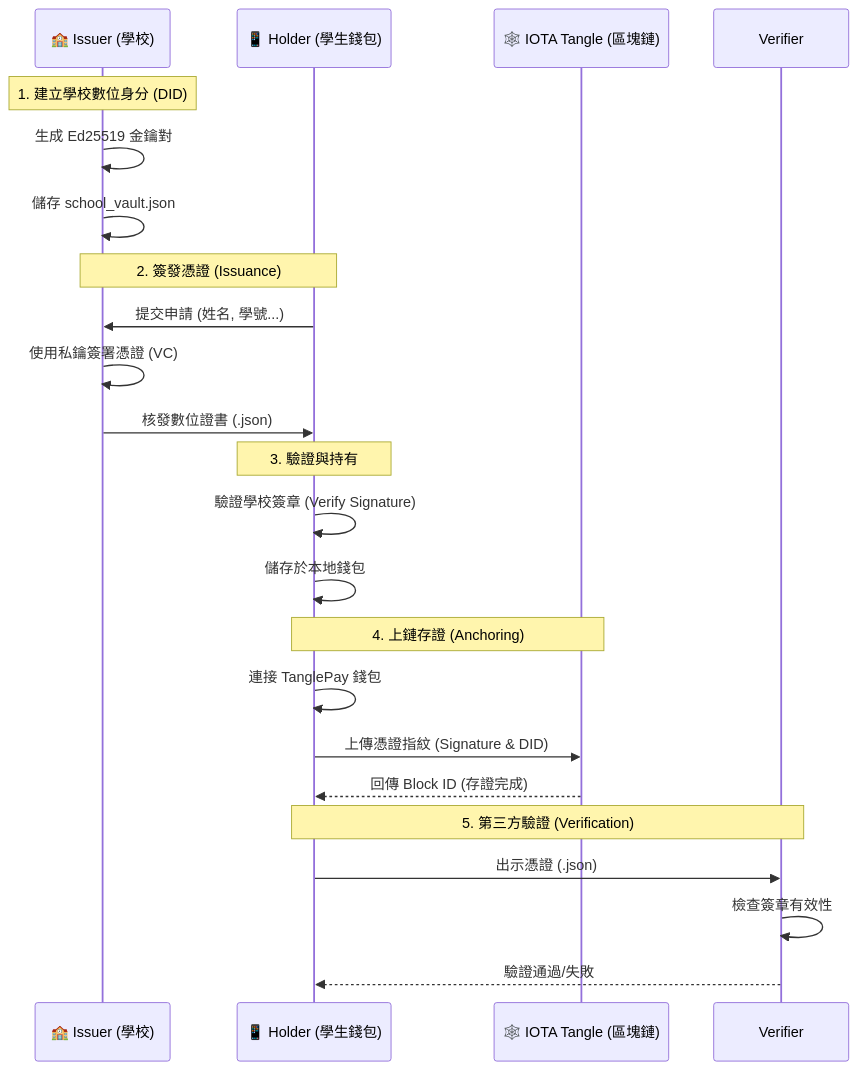
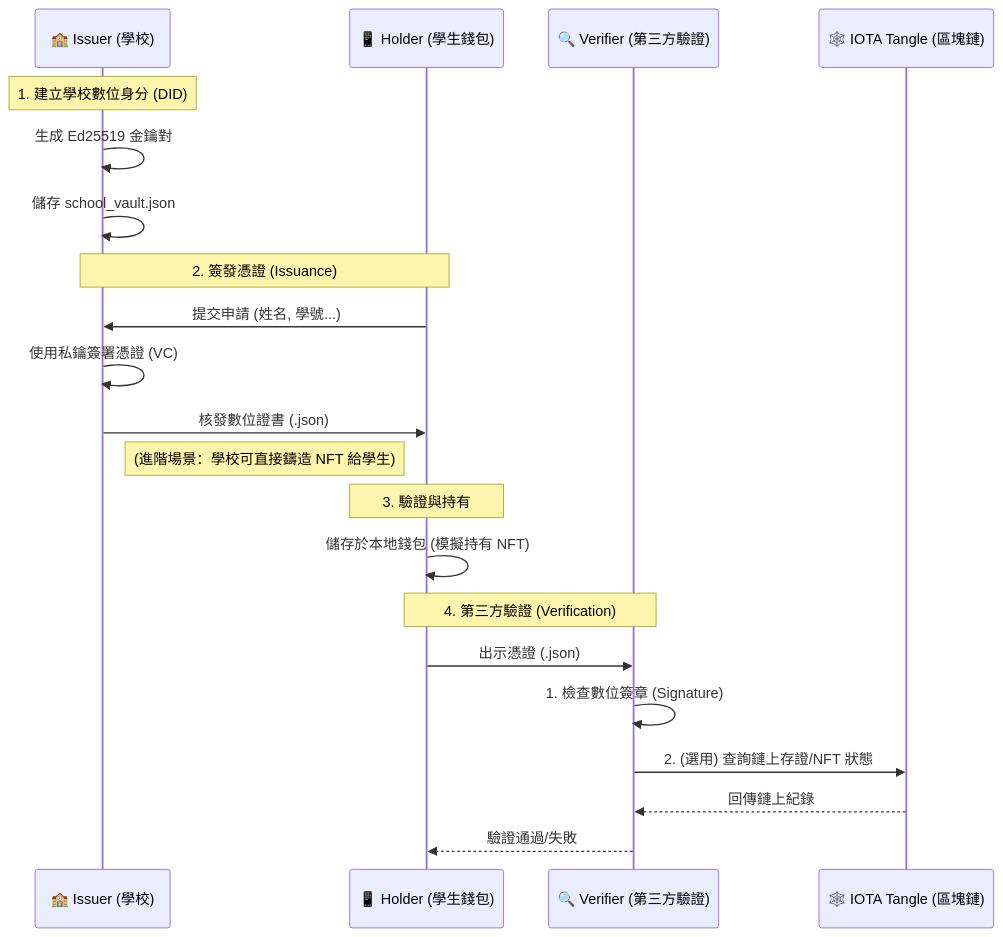
Before and after one commit to Dexianpeter/iota-student-sys: the diagram in README.md, drawn with Mermaid. The commit also changed other lines of this file and 2 other files, not shown here.

Commit message:
refactor: remove unused scripts, update README flow, and refine server logic

````diff
--- a/README.md
+++ b/README.md
@@ -14,29 +14,27 @@
 ```mermaid
 sequenceDiagram
     participant School as 🏫 Issuer (學校)
     participant Student as 📱 Holder (學生錢包)
+    participant Verifier as 🔍 Verifier (第三方驗證)
     participant Tangle as 🕸️ IOTA Tangle (區塊鏈)
 
     Note over School: 1. 建立學校數位身分 (DID)
     School->>School: 生成 Ed25519 金鑰對
     School->>School: 儲存 school_vault.json
 
     Note over School, Student: 2. 簽發憑證 (Issuance)
     Student->>School: 提交申請 (姓名, 學號...)
     School->>School: 使用私鑰簽署憑證 (VC)
     School->>Student: 核發數位證書 (.json)
+    Note right of School: (進階場景：學校可直接鑄造 NFT 給學生)
 
     Note over Student: 3. 驗證與持有
-    Student->>Student: 驗證學校簽章 (Verify Signature)
-    Student->>Student: 儲存於本地錢包
+    Student->>Student: 儲存於本地錢包 (模擬持有 NFT)
 
-    Note over Student, Tangle: 4. 上鏈存證 (Anchoring)
-    Student->>Student: 連接 TanglePay 錢包
-    Student->>Tangle: 上傳憑證指紋 (Signature & DID)
-    Tangle-->>Student: 回傳 Block ID (存證完成)
-
-    Note over Student, Verifier: 5. 第三方驗證 (Verification)
+    Note over Student, Verifier: 4. 第三方驗證 (Verification)
     Student->>Verifier: 出示憑證 (.json)
-    Verifier->>Verifier: 檢查簽章有效性
+    Verifier->>Verifier: 1. 檢查數位簽章 (Signature)
+    Verifier->>Tangle: 2. (選用) 查詢鏈上存證/NFT 狀態
+    Tangle-->>Verifier: 回傳鏈上紀錄
     Verifier-->>Student: 驗證通過/失敗
 ```
````
